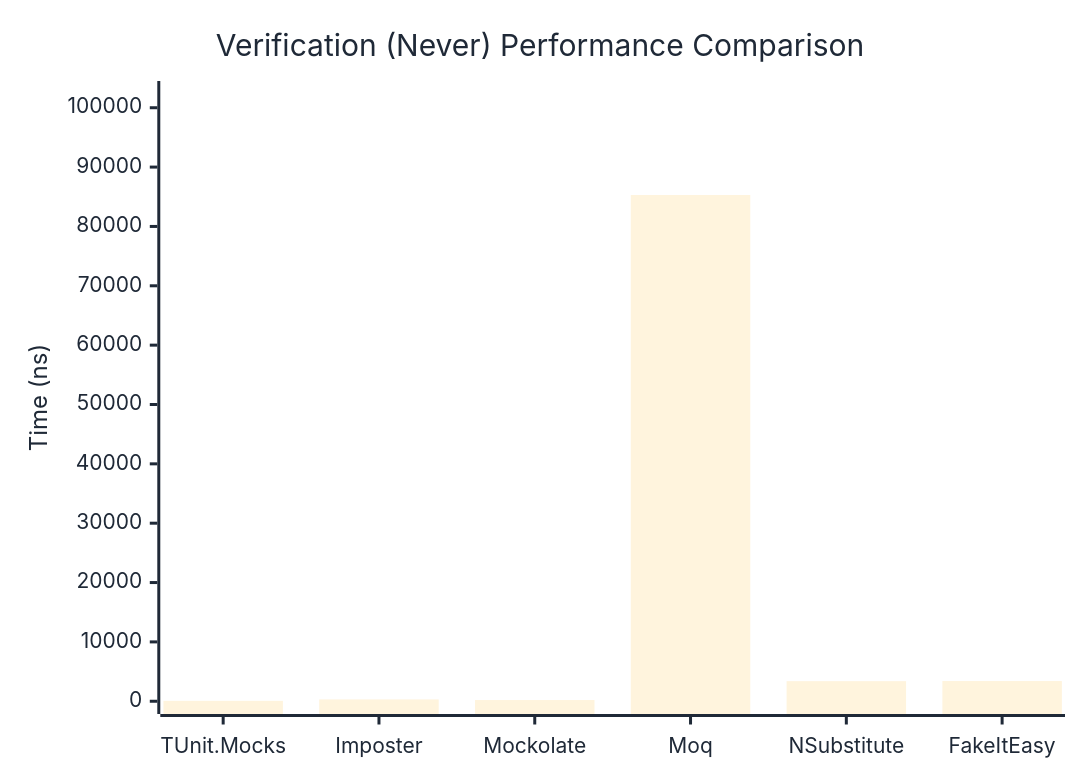
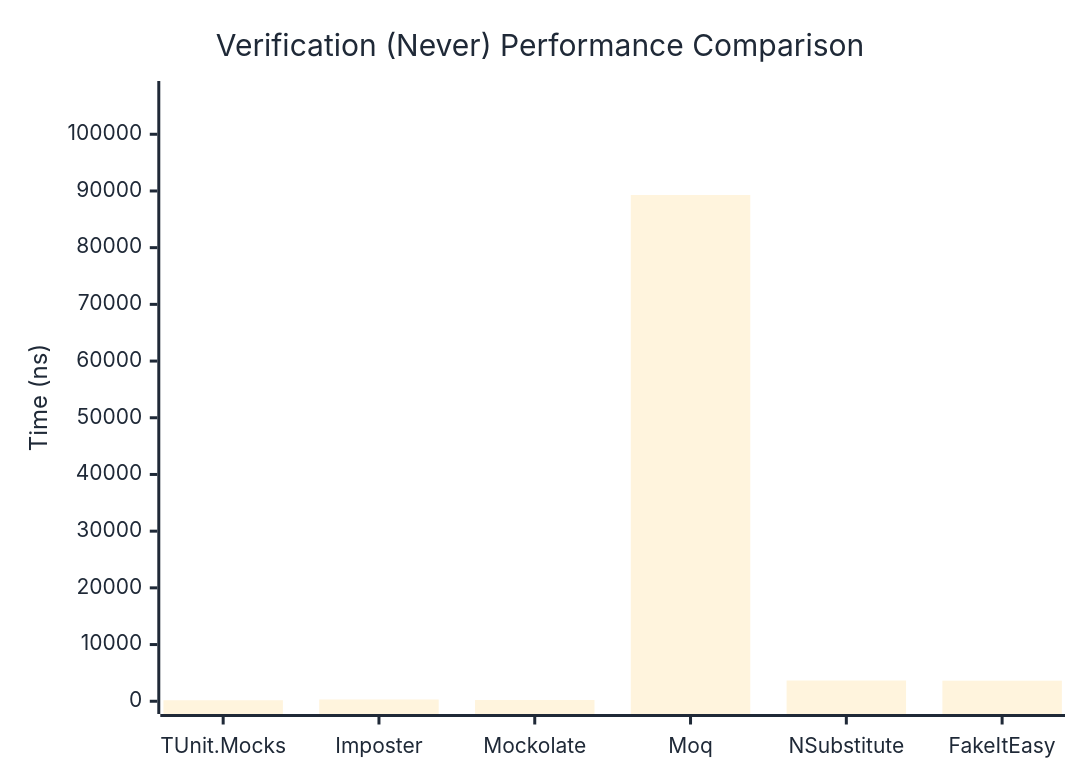
One commit to thomhurst/TUnit changed the second of 3 diagrams in docs/docs/benchmarks/mocks/Verification.md. Above: the diagram before and after it, drawn with Mermaid. The commit also changed other lines of this file and 13 other files, not shown here.

````diff
--- a/docs/docs/benchmarks/mocks/Verification.md
+++ b/docs/docs/benchmarks/mocks/Verification.md
@@ -69,27 +69,27 @@
 ```mermaid
 %%{init: {
   'theme':'base',
   'themeVariables': {
     'primaryColor': '#2563eb',
     'primaryTextColor': '#1f2937',
     'primaryBorderColor': '#1e40af',
     'lineColor': '#6b7280',
     'secondaryColor': '#7c3aed',
     'tertiaryColor': '#dc2626',
     'background': '#ffffff',
     'pie1': '#2563eb',
     'pie2': '#7c3aed',
     'pie3': '#dc2626',
     'pie4': '#f59e0b',
     'pie5': '#10b981',
     'pie6': '#06b6d4',
     'pie7': '#ec4899',
     'pie8': '#6366f1'
   }
 }}%%
 xychart-beta
   title "Verification (Never) Performance Comparison"
   x-axis ["TUnit.Mocks", "Imposter", "Mockolate", "Moq", "NSubstitute", "FakeItEasy"]
-  y-axis "Time (ns)" 0 --> 102357
-  bar [68.57, 310.82, 203.53, 85297.43, 3387.13, 3403.87]
+  y-axis "Time (ns)" 0 --> 107146
+  bar [178.4, 313.6, 215, 89288.2, 3656.8, 3626.9]
 ```
````
